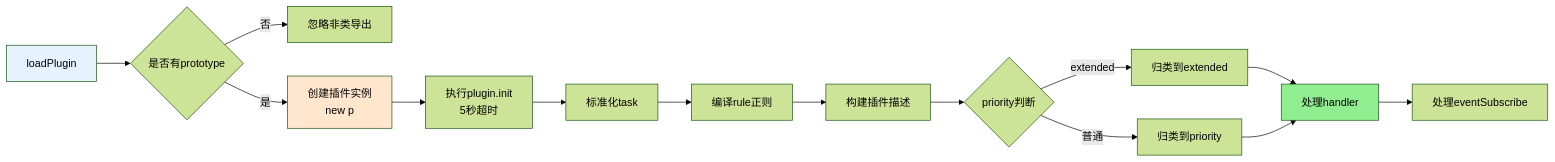
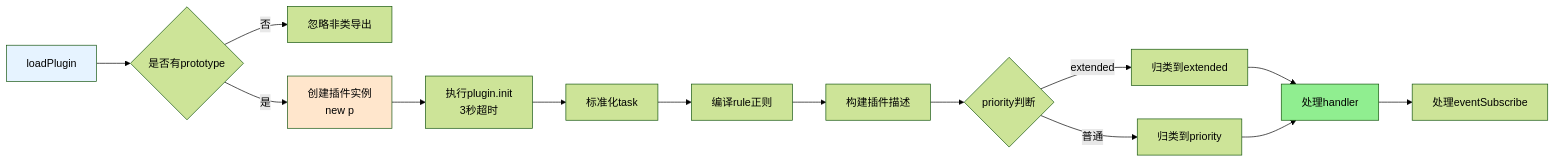
Before and after one commit to sunflowermm/XRK-AGT: the second of 3 diagrams in docs/plugins-loader.md, drawn with Mermaid (forest theme). The commit also changed other lines of this file and 6 other files, not shown here.

````diff
--- a/docs/plugins-loader.md
+++ b/docs/plugins-loader.md
@@ -95,20 +101,20 @@
 ```mermaid
 flowchart LR
     A["loadPlugin"] --> B{"是否有prototype"}
     B -->|否| Z["忽略非类导出"]
     B -->|是| C["创建插件实例<br/>new p"]
-    C --> D["执行plugin.init<br/>5秒超时"]
+    C --> D["执行plugin.init<br/>3秒超时"]
     D --> E["标准化task"]
     E --> F["编译rule正则"]
     F --> G["构建插件描述"]
     G --> H{"priority判断"}
     H -->|extended| I["归类到extended"]
     H -->|普通| J["归类到priority"]
     I --> K["处理handler"]
     J --> K
     K --> L["处理eventSubscribe"]
     
     style A fill:#E6F3FF
     style C fill:#FFE6CC
     style K fill:#90EE90
 ```
````
